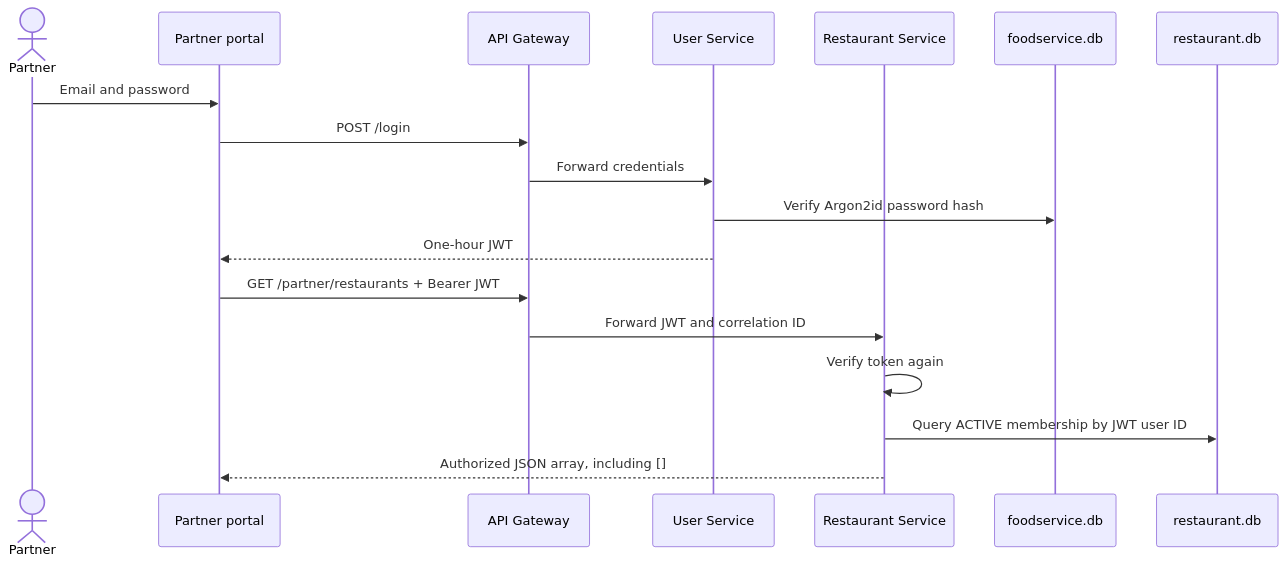
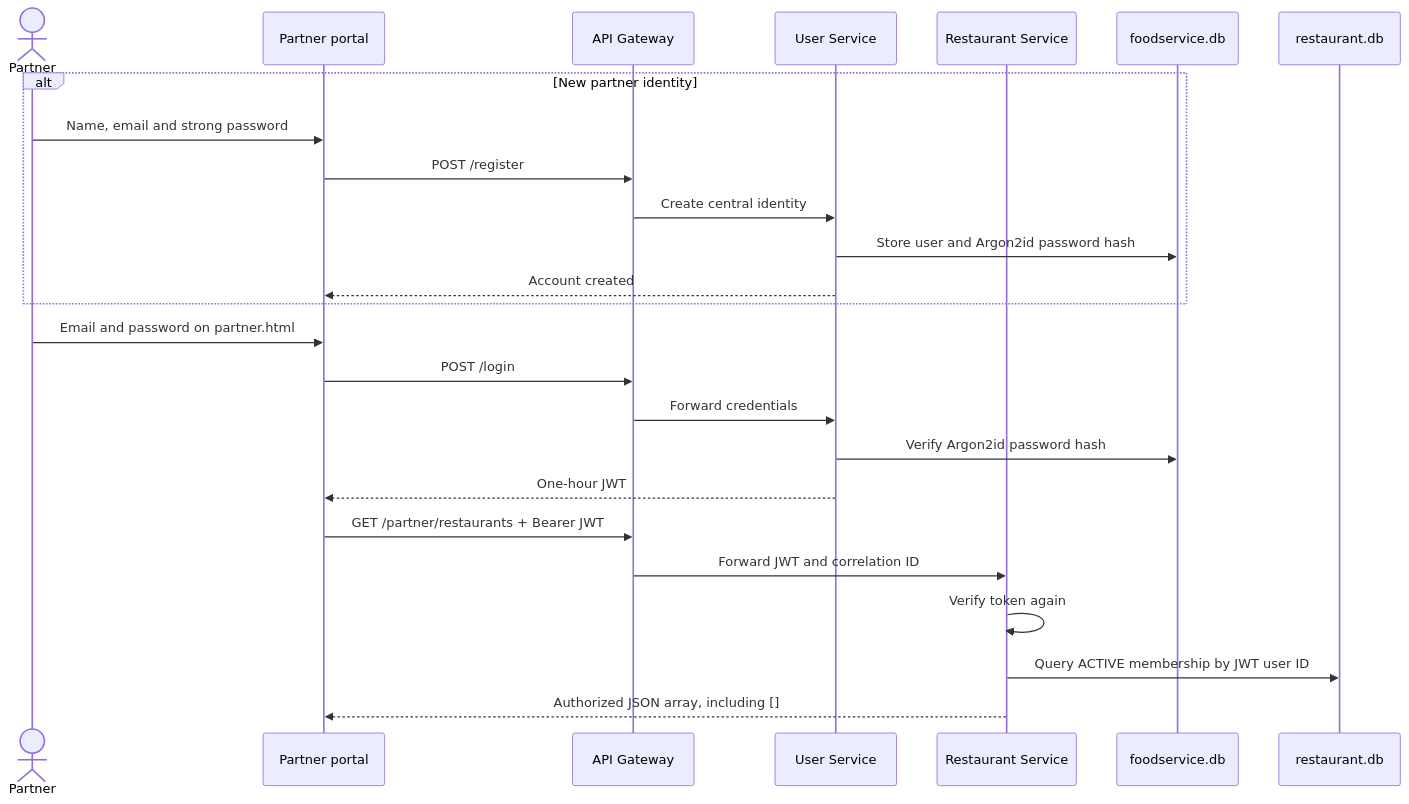
The first of 4 diagrams in docs/PARTNER_PORTAL_SEQUENCES.md (Pankil-Mevada/FoodService), drawn with Mermaid before and after one commit. The commit also changed other lines of this file and 5 other files, not shown here.

Commit message:
Fix restaurant partner account login flow

```diff
--- a/docs/PARTNER_PORTAL_SEQUENCES.md
+++ b/docs/PARTNER_PORTAL_SEQUENCES.md
@@ -5,20 +5,27 @@
 ~~~mermaid
 sequenceDiagram
  actor Partner
  participant UI as Partner portal
  participant GW as API Gateway
  participant US as User Service
  participant RS as Restaurant Service
  participant UDB as foodservice.db
  participant RDB as restaurant.db
- Partner->>UI: Email and password
+ alt New partner identity
+  Partner->>UI: Name, email and strong password
+  UI->>GW: POST /register
+  GW->>US: Create central identity
+  US->>UDB: Store user and Argon2id password hash
+  US-->>UI: Account created
+ end
+ Partner->>UI: Email and password on partner.html
  UI->>GW: POST /login
  GW->>US: Forward credentials
  US->>UDB: Verify Argon2id password hash
  US-->>UI: One-hour JWT
  UI->>GW: GET /partner/restaurants + Bearer JWT
  GW->>RS: Forward JWT and correlation ID
  RS->>RS: Verify token again
  RS->>RDB: Query ACTIVE membership by JWT user ID
  RS-->>UI: Authorized JSON array, including []
 ~~~
```
